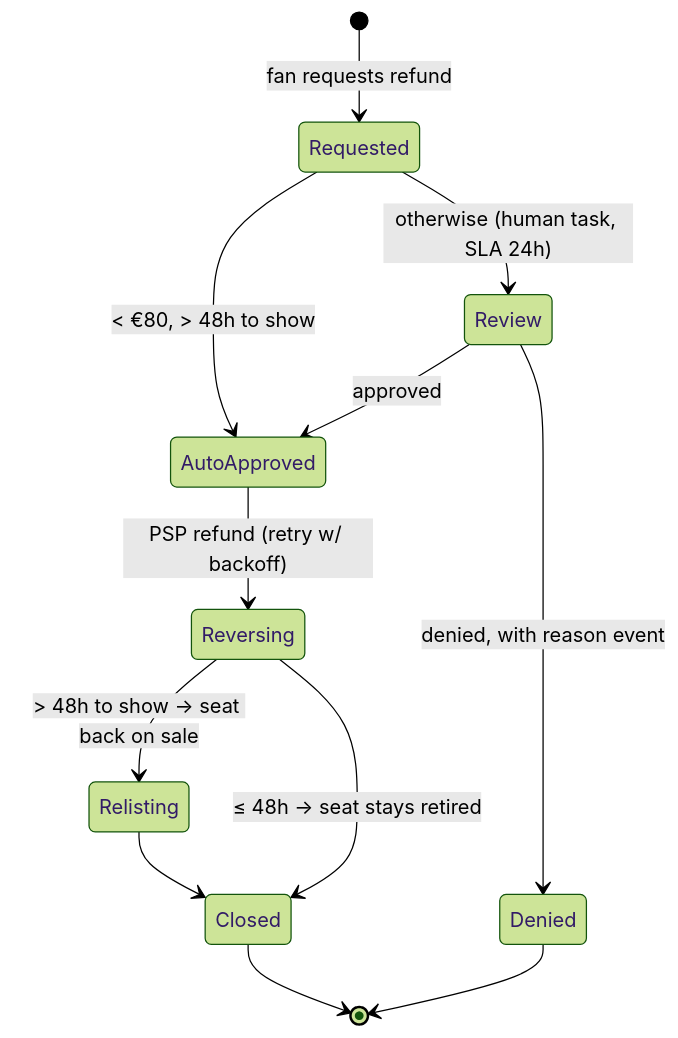
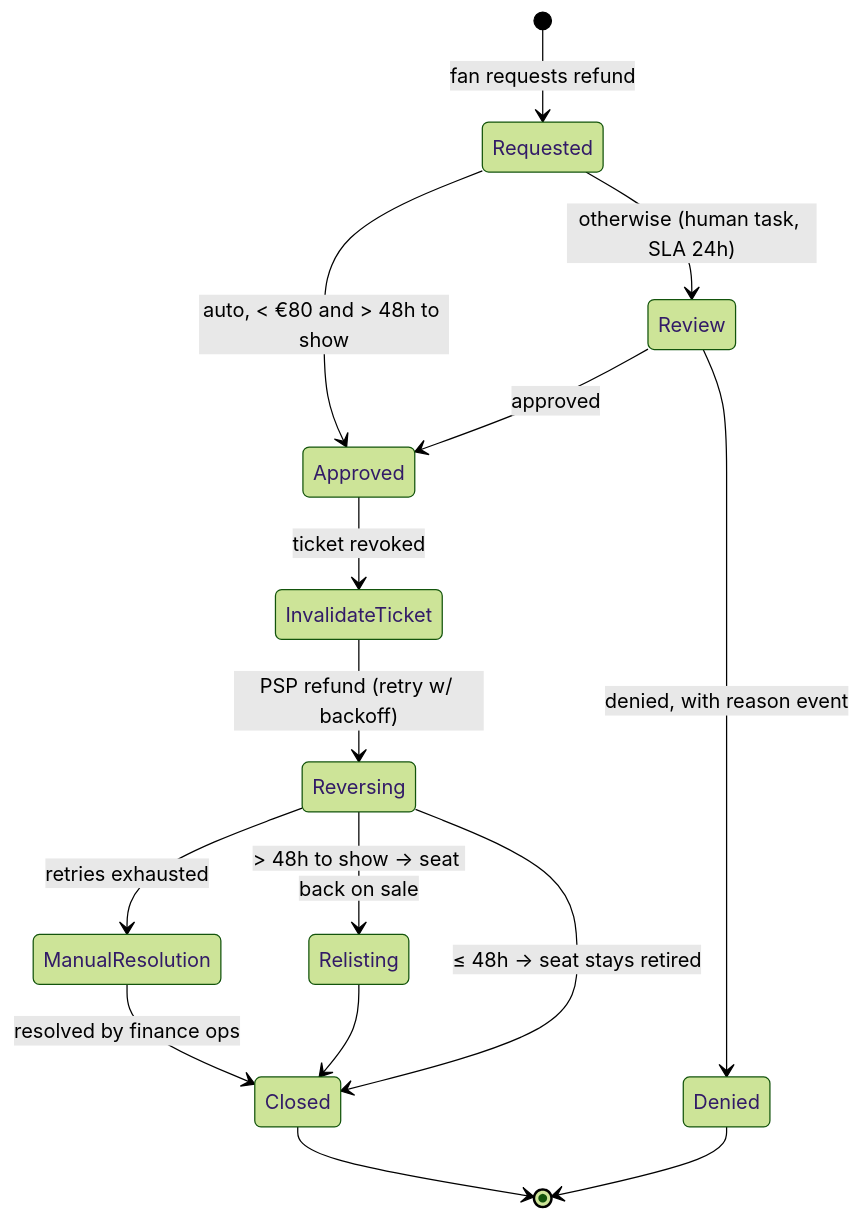
Before and after one commit to oleksiyp/arch-book: diagram 14 of 23 in README.md, drawn with Mermaid (forest theme). The commit also changed other lines of this file, not shown here.

First line of the commit message:
Book: second-opinion review of all 15 chapters applied

```diff
--- a/README.md
+++ b/README.md
@@ -1207,14 +1257,17 @@
 <pre class="mermaid">
 stateDiagram-v2
     [*] --> Requested : fan requests refund
-    Requested --> AutoApproved : < €80, > 48h to show
+    Requested --> Approved : auto, < €80 and > 48h to show
     Requested --> Review : otherwise (human task, SLA 24h)
-    Review --> AutoApproved : approved
+    Review --> Approved : approved
     Review --> Denied : denied, with reason event
-    AutoApproved --> Reversing : PSP refund (retry w/ backoff)
+    Approved --> InvalidateTicket : ticket revoked
+    InvalidateTicket --> Reversing : PSP refund (retry w/ backoff)
+    Reversing --> ManualResolution : retries exhausted
     Reversing --> Relisting : > 48h to show → seat back on sale
     Reversing --> Closed : ≤ 48h → seat stays retired
     Relisting --> Closed
+    ManualResolution --> Closed : resolved by finance ops
     Denied --> [*]
     Closed --> [*]
 </pre>
```
